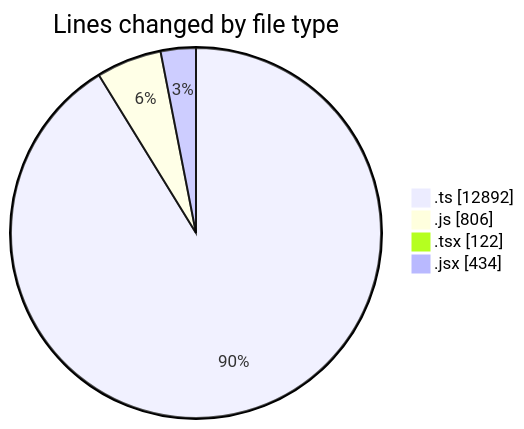
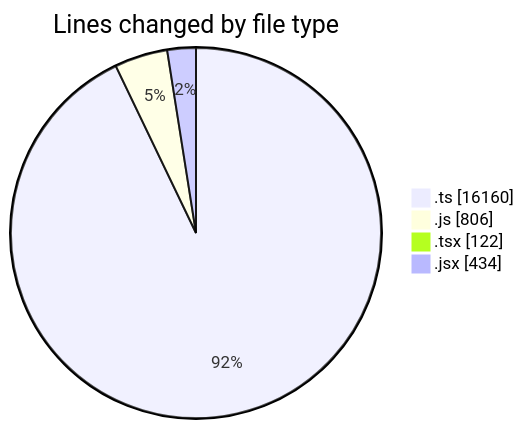
The first of 2 diagrams in 2025-11-12/cda/README.md (momahboobian/code-tracking), drawn with Mermaid before and after one commit. The commit also changed other lines of this file and 1 other file, not shown here.

````diff
--- a/2025-11-12/cda/README.md
+++ b/2025-11-12/cda/README.md
@@ -32,8 +32,8 @@
 ```mermaid
 pie showData
 title Lines changed by file type
-".ts" : 12892
+".ts" : 16160
 ".js" : 806
 ".tsx" : 122
 ".jsx" : 434
 ```
````
